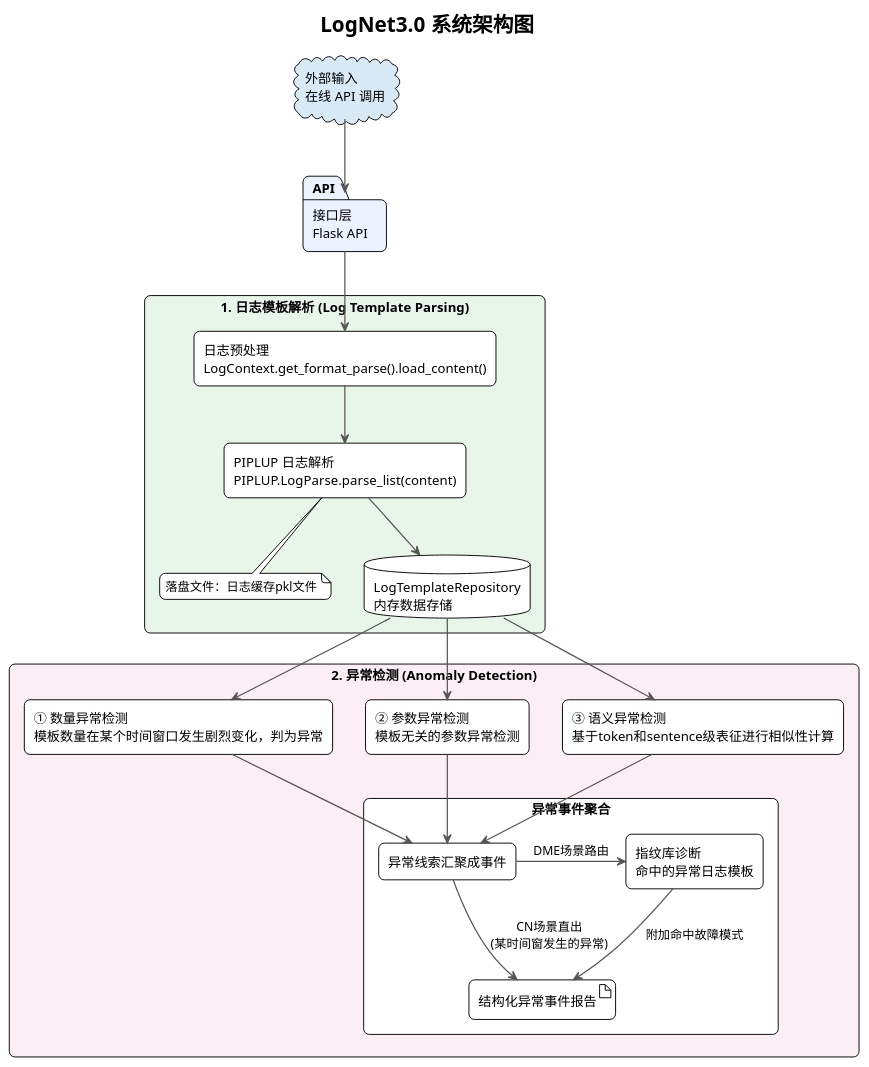
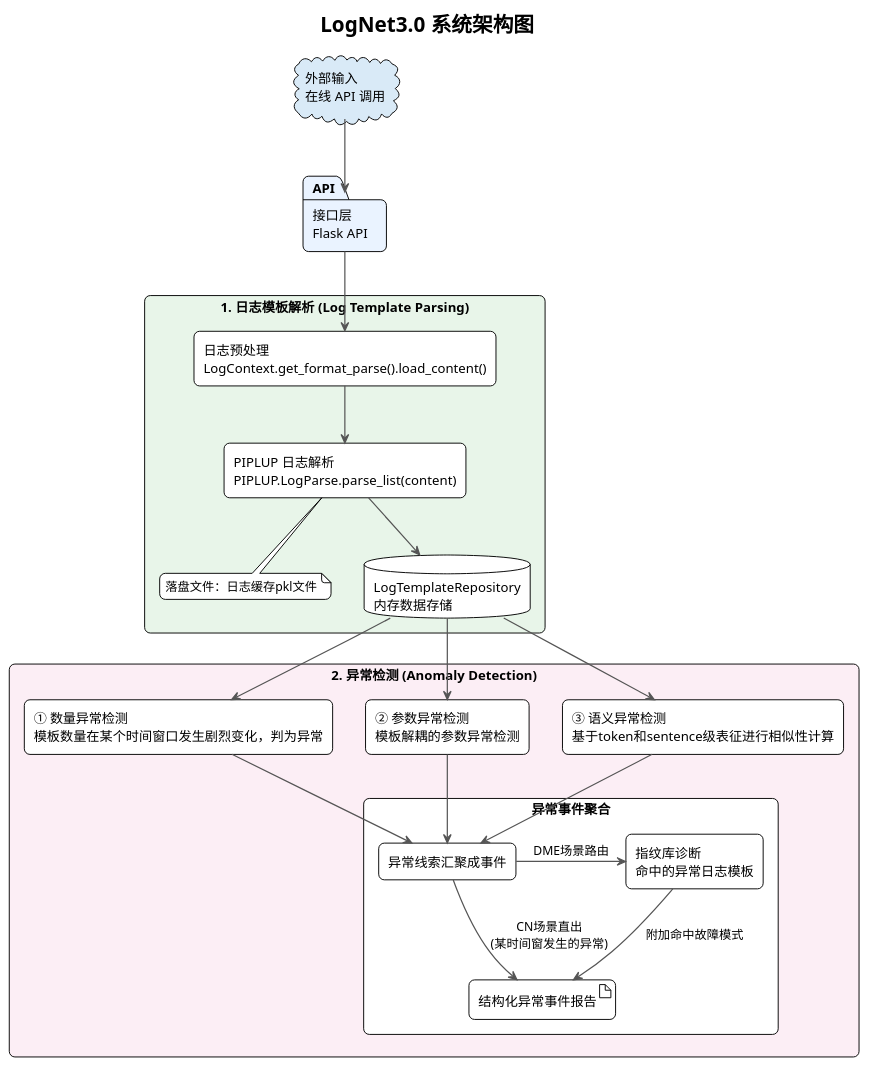
The first of 10 diagrams in LogNet3.0方案设计与实现文档.md (HouMonKy/TIG-PIPLUP), drawn with PlantUML before and after one commit. The commit also changed other lines of this file, not shown here.

````diff
--- a/LogNet3.0方案设计与实现文档.md
+++ b/LogNet3.0方案设计与实现文档.md
@@ -40,61 +40,61 @@
 ```plantuml
 @startuml TIG_PIPLUP_Architecture_Optimized
 !theme plain
 skinparam backgroundColor white
 skinparam shadowing false
 skinparam roundCorner 12
 skinparam packageStyle rectangle
 skinparam ArrowColor #555555
 skinparam ArrowThickness 1.3
 skinparam componentStyle rectangle
 
 title LogNet3.0 系统架构图
 
 cloud "外部输入\n在线 API 调用" as Ext #D9EAF7
 package "接口层\nFlask API" as API #EAF3FF
 
 package "1. 日志模板解析 (Log Template Parsing)" as ParseModule #E8F5E9 {
     component "日志预处理\nLogContext.get_format_parse().load_content()" as PreProcess
     component "PIPLUP 日志解析\nPIPLUP.LogParse.parse_list(content)" as Parse
     note bottom of Parse
       落盘文件：日志缓存pkl文件
     end note
     database "LogTemplateRepository\n内存数据存储" as Repo #FFFFFF
 }
 
 package "2. 异常检测 (Anomaly Detection)" as DetectModule #FCEEF5 {
     component "① 数量异常检测\n模板数量在某个时间窗口发生剧烈变化，判为异常" as DetectNum
-    component "② 参数异常检测\n模板无关的参数异常检测" as DetectParam
+    component "② 参数异常检测\n模板解耦的参数异常检测" as DetectParam
     component "③ 语义异常检测\n基于token和sentence级表征进行相似性计算" as DetectSemantic
     
     package "异常事件聚合" as EventModule #FFFFFF {
         component "异常线索汇聚成事件" as EventAgg
         component "指纹库诊断\n命中的异常日志模板" as DME_Diag
         artifact "结构化异常事件报告" as EventReport
     }
 }
 
 ' 基础链路
 Ext -down-> API
 API -down-> PreProcess
 PreProcess -down-> Parse
 Parse -down-> Repo
 
 ' 数据流向异常检测组件
 Repo -down-> DetectNum
 Repo -down-> DetectParam
 Repo -down-> DetectSemantic
 
 ' 异常检测输出至事件聚合
 DetectNum -down-> EventAgg
 DetectParam -down-> EventAgg
 DetectSemantic -down-> EventAgg
 
 ' 场景分支路由
 EventAgg -down-> EventReport : CN场景直出\n(某时间窗发生的异常)
 EventAgg -right-> DME_Diag : DME场景路由
 DME_Diag -down-> EventReport : 附加命中故障模式
 
 @enduml
 
 ```
````
